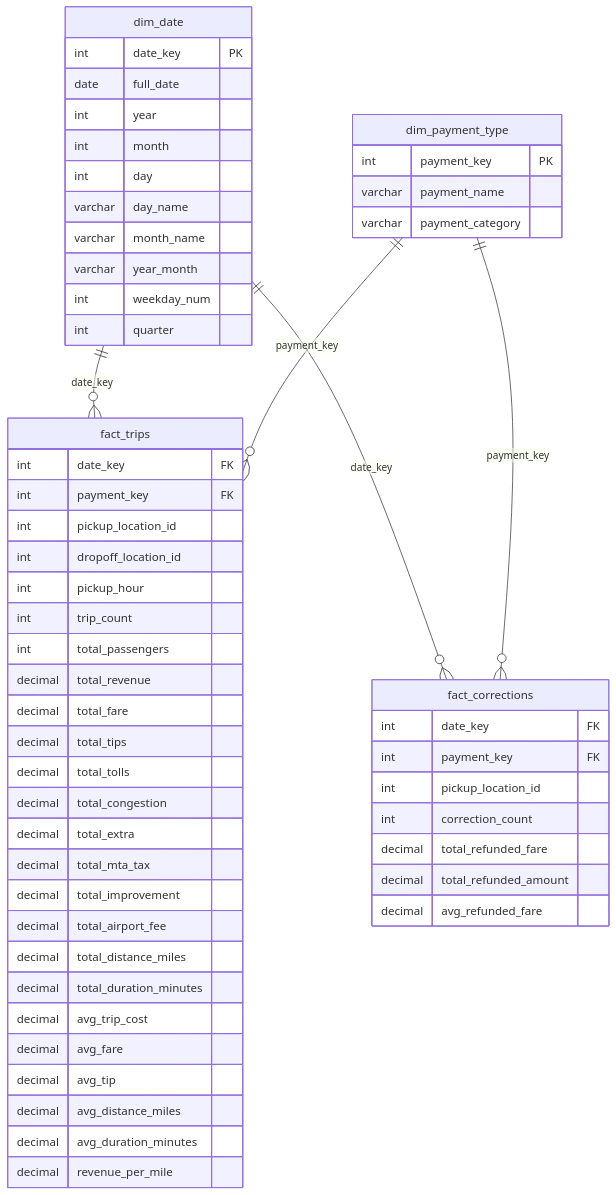
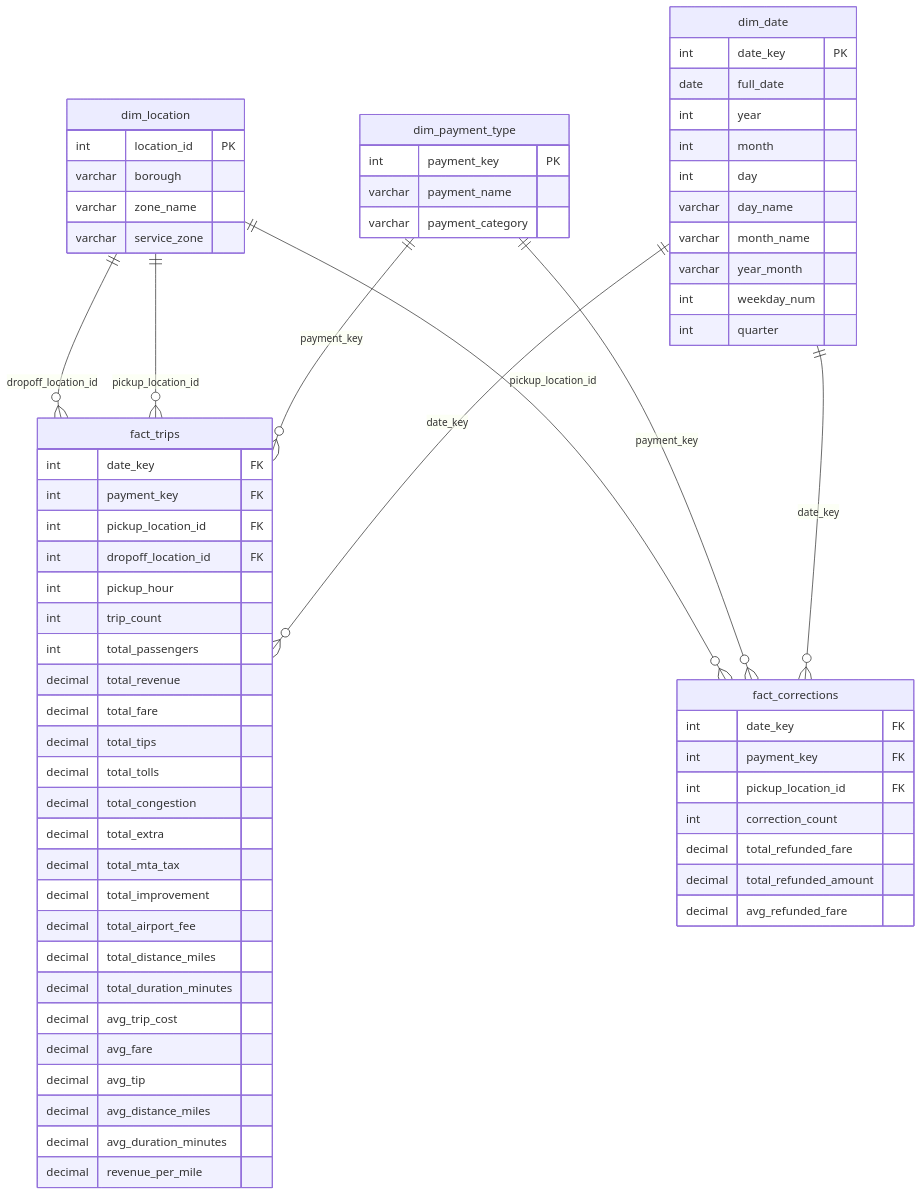
One commit to JakubMajor23/azure-nyc-lakehouse-terraform changed the diagram in README.md. Above: the diagram before and after it, drawn with Mermaid. The commit also changed other lines of this file and 1 other file, not shown here.

````diff
--- a/README.md
+++ b/README.md
@@ -170,63 +203,73 @@
 ```mermaid
 erDiagram
     dim_date ||--o{ fact_trips : date_key
     dim_payment_type ||--o{ fact_trips : payment_key
+    dim_location ||--o{ fact_trips : pickup_location_id
+    dim_location ||--o{ fact_trips : dropoff_location_id
     dim_date ||--o{ fact_corrections : date_key
     dim_payment_type ||--o{ fact_corrections : payment_key
+    dim_location ||--o{ fact_corrections : pickup_location_id
 
     dim_date {
         int date_key PK
         date full_date
         int year
         int month
         int day
         varchar day_name
         varchar month_name
         varchar year_month
         int weekday_num
         int quarter
     }
 
     dim_payment_type {
         int payment_key PK
         varchar payment_name
         varchar payment_category
     }
 
+    dim_location {
+        int location_id PK
+        varchar borough
+        varchar zone_name
+        varchar service_zone
+    }
+
     fact_trips {
         int date_key FK
         int payment_key FK
-        int pickup_location_id
-        int dropoff_location_id
+        int pickup_location_id FK
+        int dropoff_location_id FK
         int pickup_hour
         int trip_count
         int total_passengers
         decimal total_revenue
         decimal total_fare
         decimal total_tips
         decimal total_tolls
         decimal total_congestion
         decimal total_extra
         decimal total_mta_tax
         decimal total_improvement
         decimal total_airport_fee
         decimal total_distance_miles
         decimal total_duration_minutes
         decimal avg_trip_cost
         decimal avg_fare
         decimal avg_tip
         decimal avg_distance_miles
         decimal avg_duration_minutes
         decimal revenue_per_mile
     }
 
     fact_corrections {
         int date_key FK
         int payment_key FK
-        int pickup_location_id
+        int pickup_location_id FK
         int correction_count
         decimal total_refunded_fare
         decimal total_refunded_amount
         decimal avg_refunded_fare
     }
 ```
````
